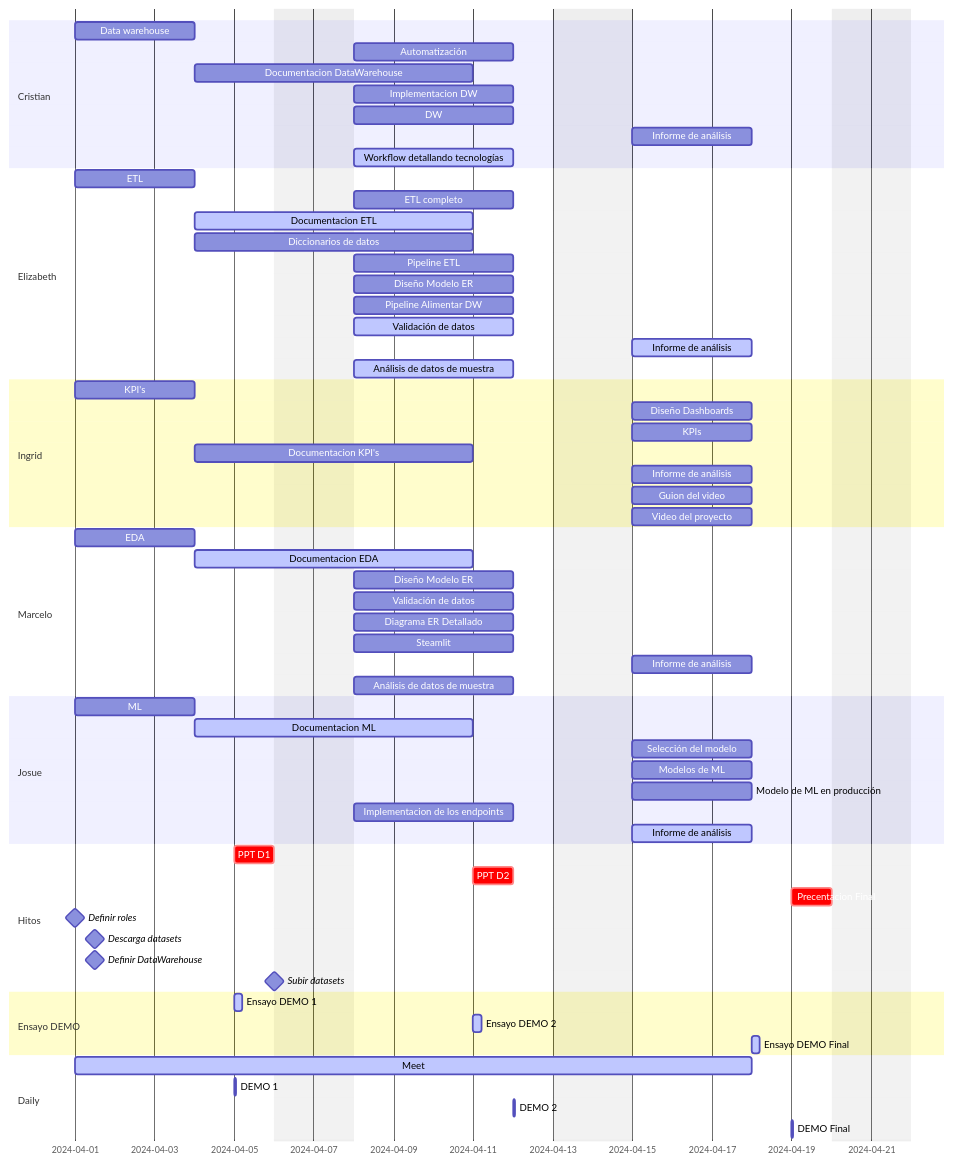
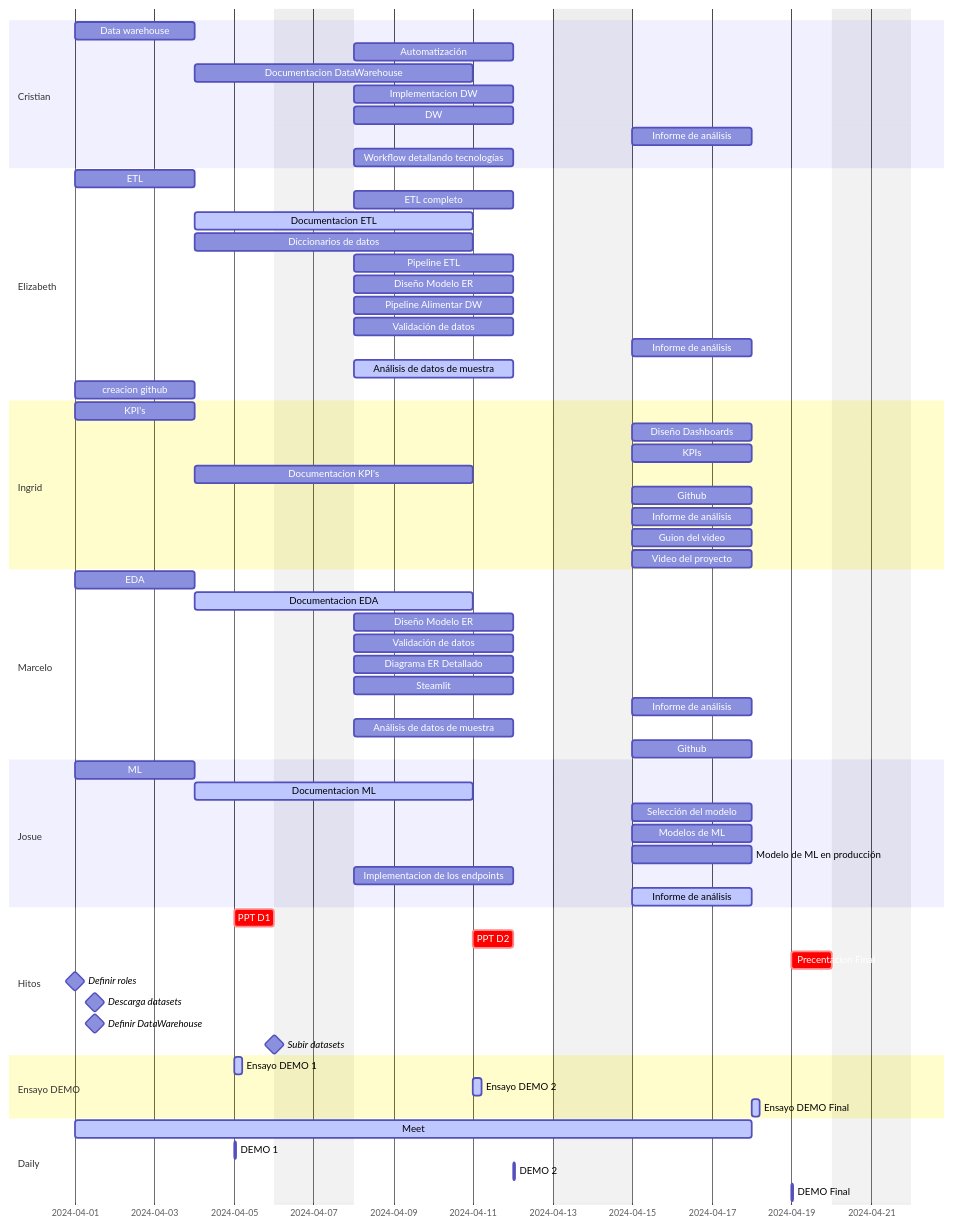
The diagram in Documentacion/Gantt.md (marceloyuba/SDT), drawn with Mermaid before and after one commit.

```diff
--- a/Documentacion/Gantt.md
+++ b/Documentacion/Gantt.md
@@ -14,7 +14,7 @@
     Implementacion DW         :    des7, 2024-04-08, 4d
     DW                          :    des10, 2024-04-08, 4d
     Informe de análisis               :    des25, 2024-04-15, 3d
-    Workflow detallando tecnologías :active,    des15, 2024-04-08, 4d
+    Workflow detallando tecnologías :    des15, 2024-04-08, 4d
 
     section Elizabeth
 
@@ -25,9 +25,10 @@
     Pipeline ETL               :    des8, 2024-04-08, 4d
     Diseño Modelo ER           :    des8, 2024-04-08, 4d 
     Pipeline Alimentar DW       :    des9, 2024-04-08, 4d
-    Validación de datos         :active,    des12, 2024-04-08, 4d
-    Informe de análisis               :active,    des25, 2024-04-15, 3d
+    Validación de datos         :    des12, 2024-04-08, 4d
+    Informe de análisis               :   des25, 2024-04-15, 3d
     Análisis de datos de muestra   :active,    des16, 2024-04-08, 4d
+    creacion github         :    des1, 2024-04-01, 3d 
    
     
     
@@ -37,7 +38,7 @@
     Diseño Dashboards              :    des20, 2024-04-15, 3d
     KPIs                           :   des21, 2024-04-15, 3d
     Documentacion KPI's              : a1, after des1, 5d
-   
+    Github                          : 2024-04-15, 3d
     
     Informe de análisis               :   des25, 2024-04-15, 3d
     Guion del video                  :    des26, 2024-04-15, 3d
@@ -54,6 +55,7 @@
     Steamlit                     :    des18, 2024-04-08, 4d
     Informe de análisis               :    des25, 2024-04-15, 3d
     Análisis de datos de muestra   :   des16, 2024-04-08, 4d
+    Github                          : 2024-04-15, 3d
 
     section Josue
     ML                           : des5, 2024-04-01, 3d
```
